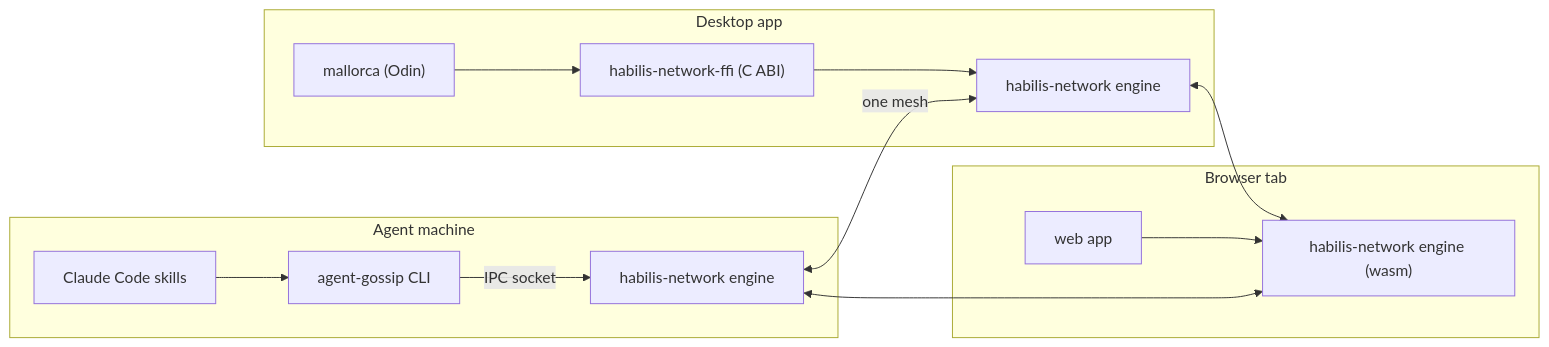
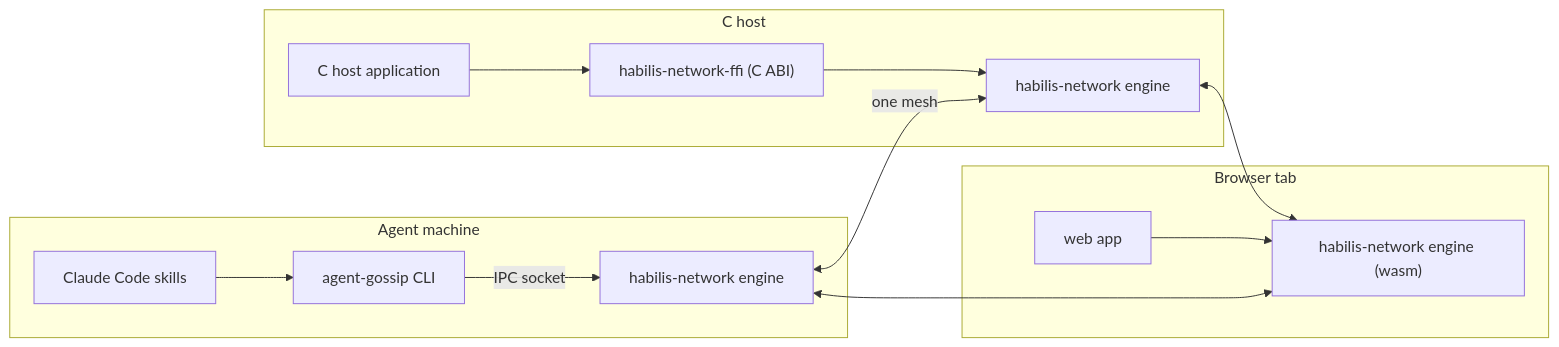
Before and after one commit to agent-habilis/habilis-network: the first of 10 diagrams in docs/architecture.md, drawn with Mermaid. The commit also changed other lines of this file and 11 other files, not shown here.

````diff
--- a/docs/architecture.md
+++ b/docs/architecture.md
@@ -39,17 +39,17 @@
 ```mermaid
 graph LR
     subgraph "Agent machine"
         SKILLS["Claude Code skills"] --> CLI["agent-gossip CLI"]
         CLI -->|"IPC socket"| E1["habilis-network engine"]
     end
-    subgraph "Desktop app"
-        APP["mallorca (Odin)"] --> FFI["habilis-network-ffi (C ABI)"]
+    subgraph "C host"
+        APP["C host application"] --> FFI["habilis-network-ffi (C ABI)"]
         FFI --> E2["habilis-network engine"]
     end
     subgraph "Browser tab"
         WEBAPP["web app"] --> E3["habilis-network engine (wasm)"]
     end
     E1 <-->|"one mesh"| E2
     E2 <--> E3
     E1 <--> E3
 ```
````
